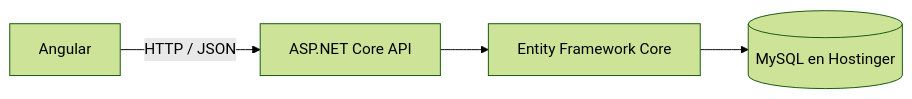
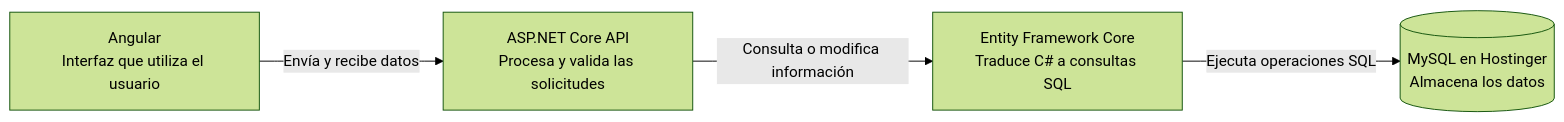
One commit to Vlad04/movies-app changed the diagram in README.md. Above: the diagram before and after it, drawn with Mermaid (forest theme). The commit also changed other lines of this file, not shown here.

````diff
--- a/README.md
+++ b/README.md
@@ -23,6 +23,11 @@
 ```mermaid
 flowchart LR
-    UI[Angular] -->|HTTP / JSON| API[ASP.NET Core API]
-    API --> EF[Entity Framework Core]
-    EF --> DB[(MySQL en Hostinger)]
+    UI["Angular<br/>Interfaz que utiliza el usuario"]
+    API["ASP.NET Core API<br/>Procesa y valida las solicitudes"]
+    EF["Entity Framework Core<br/>Traduce C# a consultas SQL"]
+    DB[("MySQL en Hostinger<br/>Almacena los datos")]
+
+    UI -->|"Envía y recibe datos"| API
+    API -->|"Consulta o modifica información"| EF
+    EF -->|"Ejecuta operaciones SQL"| DB
 ```
````
